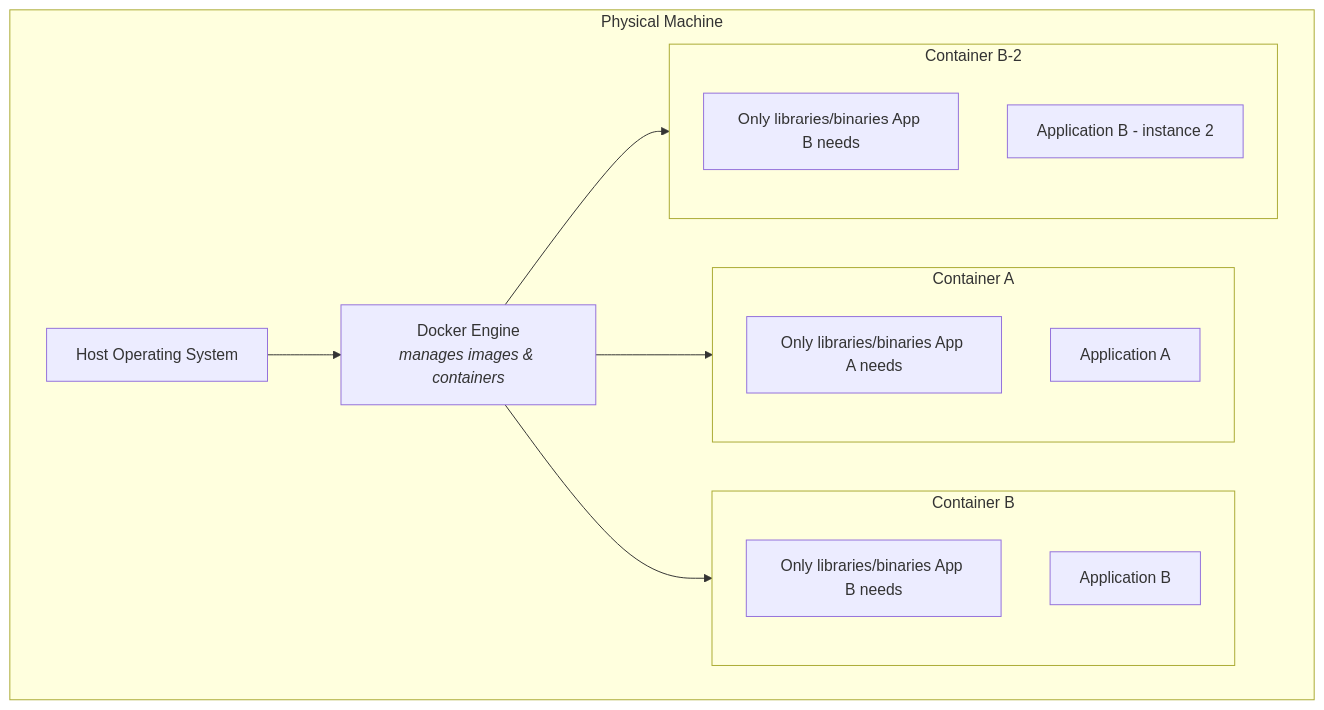
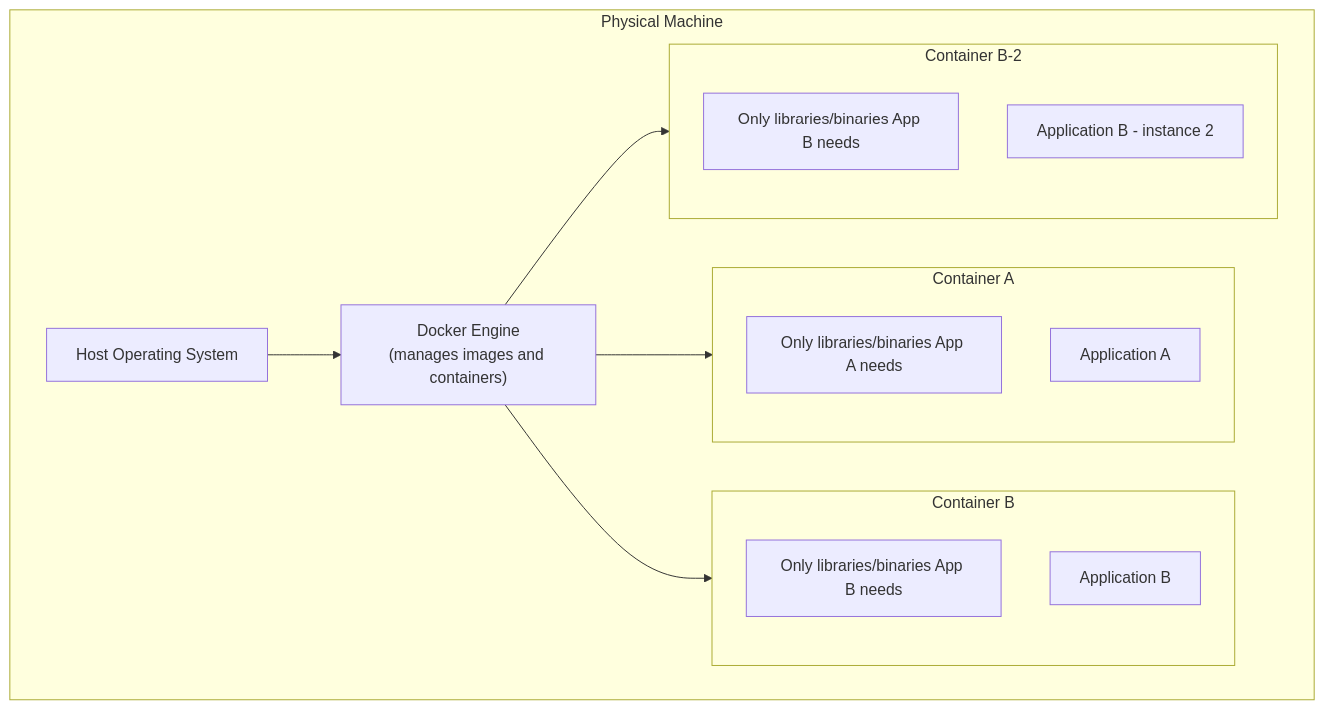
The fourth of 14 diagrams in devops/DevOps_Masterclass_README.md (prashantchauhan-12/Tech-Learning-Notes), drawn with Mermaid before and after one commit. The commit also changed other lines of this file, not shown here.

Commit message:
fix: repair broken mermaid diagrams in DevOps README (remove HTML tags from node labels)

````diff
--- a/devops/DevOps_Masterclass_README.md
+++ b/devops/DevOps_Masterclass_README.md
@@ -171,23 +171,23 @@
 ```mermaid
 flowchart TB
     subgraph Machine2["Physical Machine"]
         HostOS2[Host Operating System]
-        DockerEngine[Docker Engine\n<i>manages images & containers</i>]
+        DockerEngine["Docker Engine\n(manages images and containers)"]
         subgraph C1["Container A"]
             LibA2[Only libraries/binaries App A needs]
             AppA2[Application A]
         end
         subgraph C2["Container B"]
             LibB3[Only libraries/binaries App B needs]
             AppB3[Application B]
         end
         subgraph C3["Container B-2"]
             LibB4[Only libraries/binaries App B needs]
             AppB4[Application B - instance 2]
         end
         HostOS2 --> DockerEngine
         DockerEngine --> C1
         DockerEngine --> C2
         DockerEngine --> C3
     end
 ```
````
